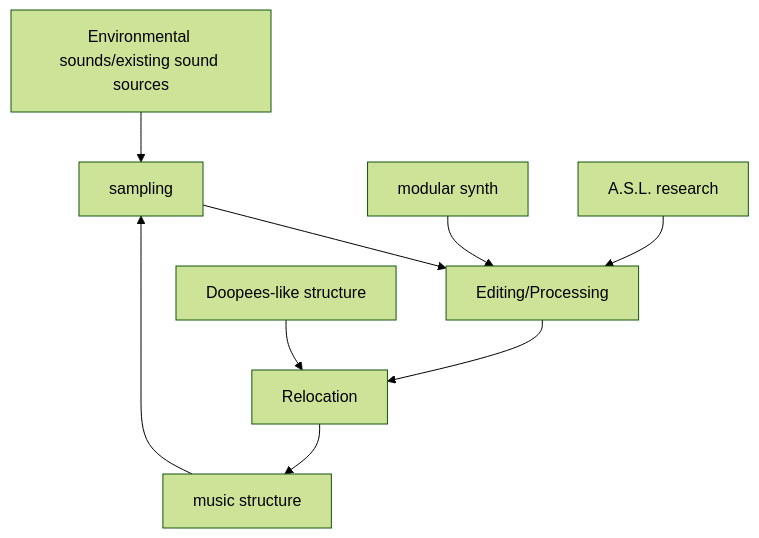
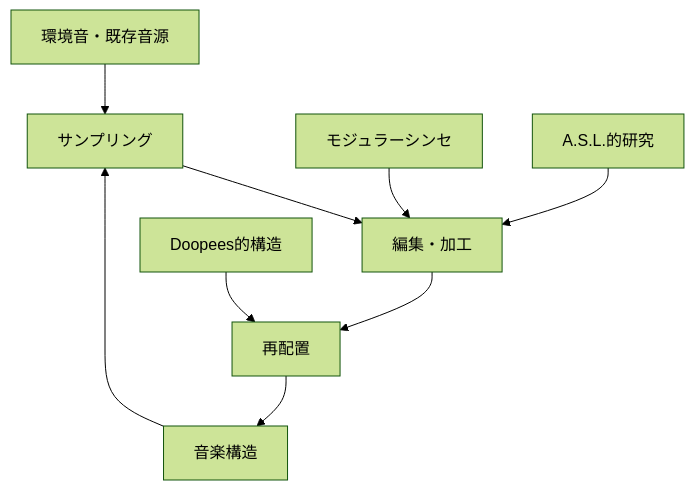
One commit to monumental-movement/monumental-movement.github.io changed the second of 2 diagrams in en/_posts/2026-04-18-column-yann-tomita.md. Above: the diagram before and after it, drawn with Mermaid (forest theme). The commit also changed other lines of this file and 2196 other files, not shown here.

```diff
--- a/en/_posts/2026-04-18-column-yann-tomita.md
+++ b/en/_posts/2026-04-18-column-yann-tomita.md
@@ -184,11 +183,11 @@
 <div class="mermaid">
 graph TD
-    A[Environmental sounds/existing sound sources] --> B[sampling]
-    B --> C[Editing/Processing]
-    C --> D[Relocation]
-    D --> E[music structure]
-    F[modular synth] --> C
+    A[環境音・既存音源] --> B[サンプリング]
+    B --> C[編集・加工]
+    C --> D[再配置]
+    D --> E[音楽構造]
+    F[モジュラーシンセ] --> C
     E --> B
-    G[Doopees-like structure] --> D
-    H[A.S.L. research] --> C
+    G[Doopees的構造] --> D
+    H[A.S.L.的研究] --> C
 </div>
```
